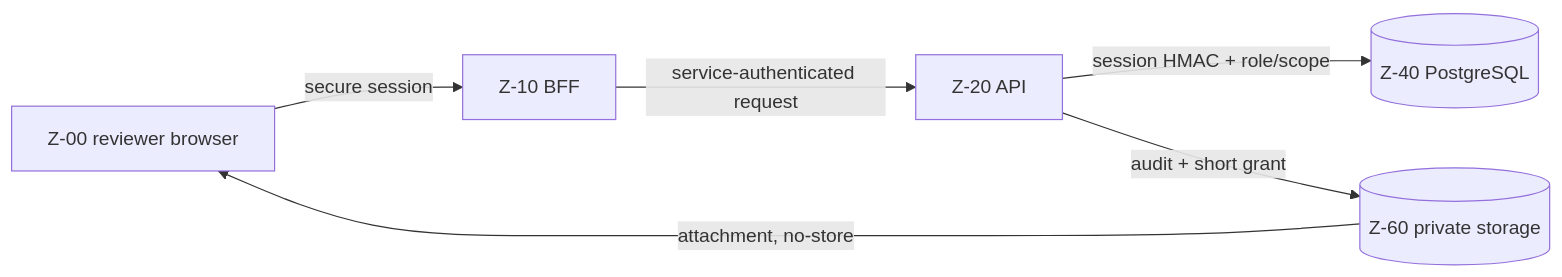
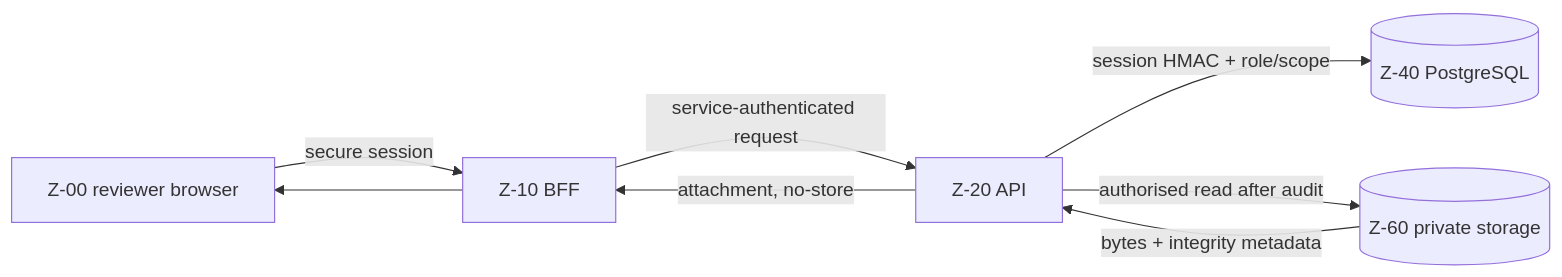
The third of 6 diagrams in docs/THREAT_MODEL.md (DevaWinner/shaidago), drawn with Mermaid before and after one commit. The commit also changed other lines of this file and 7 other files, not shown here.

````diff
--- a/docs/THREAT_MODEL.md
+++ b/docs/THREAT_MODEL.md
@@ -177,8 +181,8 @@
 ```mermaid
 flowchart LR
   B[Z-00 reviewer browser] -->|secure session| W[Z-10 BFF]
   W -->|service-authenticated request| A[Z-20 API]
   A -->|session HMAC + role/scope| D[(Z-40 PostgreSQL)]
-  A -->|audit + short grant| O[(Z-60 private storage)]
-  O -->|attachment, no-store| B
+  A -->|authorised read after audit| O[(Z-60 private storage)]
+  O -->|bytes + integrity metadata| A -->|attachment, no-store| W --> B
 ```
````
